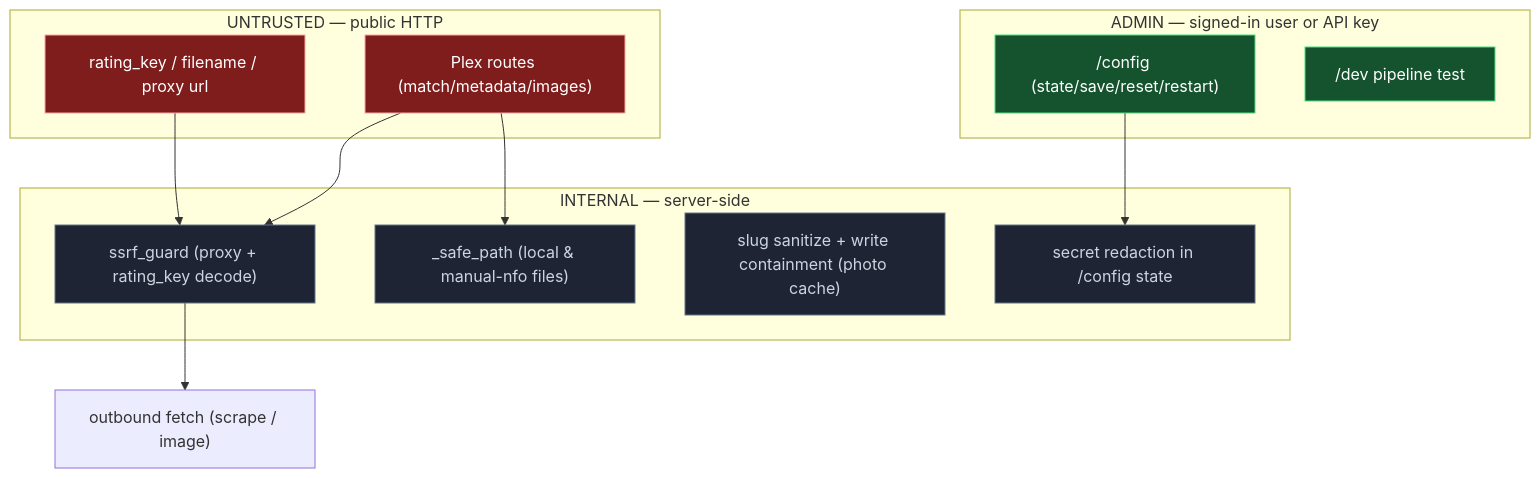
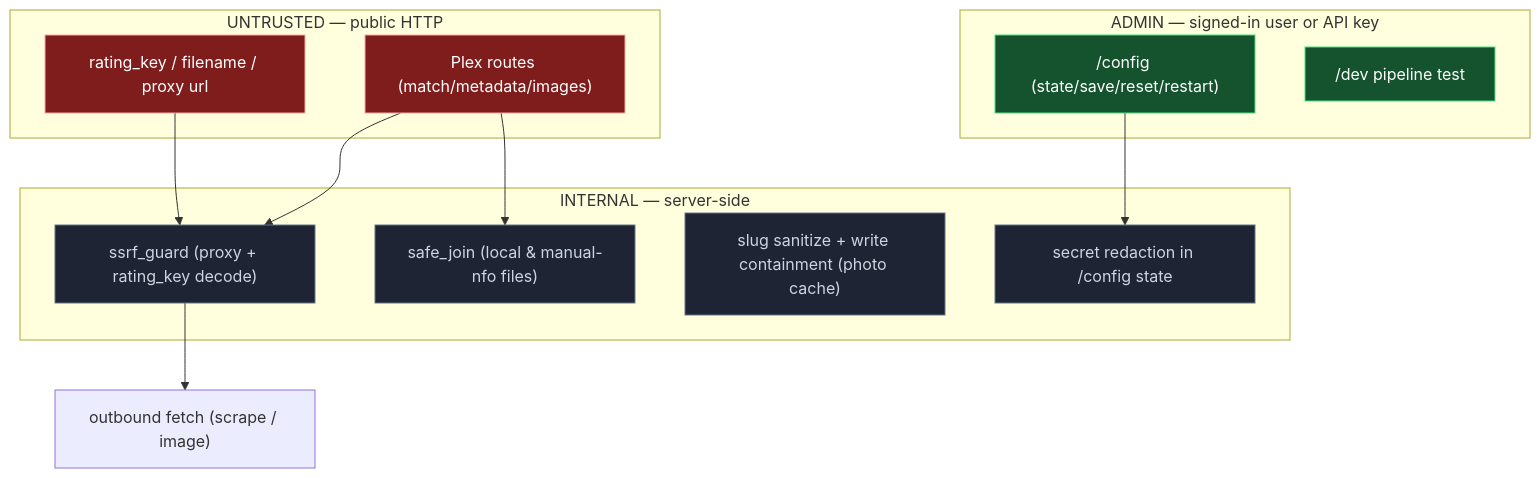
One commit to PhoenixAdultProvider/PhoenixAdult changed diagram 15 of 21 in docs/DESIGN.md. Above: the diagram before and after it, drawn with Mermaid. The commit also changed other lines of this file, not shown here.

````diff
--- a/docs/DESIGN.md
+++ b/docs/DESIGN.md
@@ -668,27 +670,27 @@
 ```mermaid
 flowchart TB
   classDef pub fill:#7f1d1d,stroke:#fca5a5,color:#fff;
   classDef adm fill:#14532d,stroke:#4ade80,color:#fff;
   classDef int fill:#1e2433,stroke:#64748b,color:#cbd5e1;
 
   subgraph PUB["UNTRUSTED — public HTTP"]
     p1["Plex routes (match/metadata/images)"]:::pub
     p2["rating_key / filename / proxy url"]:::pub
   end
   subgraph ADM["ADMIN — signed-in user or API key"]
     a1["/config (state/save/reset/restart)"]:::adm
     a2["/dev pipeline test"]:::adm
   end
   subgraph INT["INTERNAL — server-side"]
     g1["ssrf_guard (proxy + rating_key decode)"]:::int
-    g2["_safe_path (local & manual-nfo files)"]:::int
+    g2["safe_join (local & manual-nfo files)"]:::int
     g3["slug sanitize + write containment (photo cache)"]:::int
     g4["secret redaction in /config state"]:::int
   end
 
   p1 --> g1
   p2 --> g1
   p1 --> g2
   a1 --> g4
   g1 --> outbound["outbound fetch (scrape / image)"]
 ```
````
